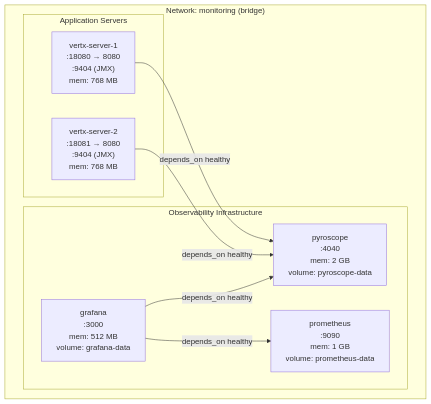
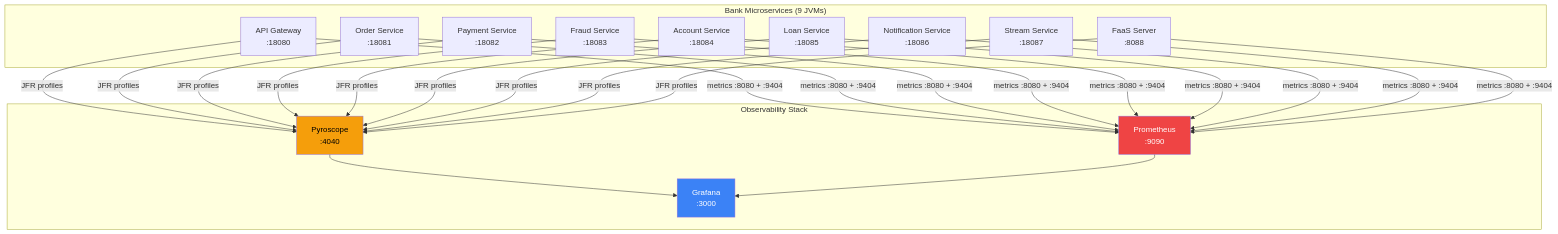
The first of 2 diagrams in docs/architecture.md (aff0gat000/pyroscope), drawn with Mermaid before and after one commit. The commit also changed other lines of this file, not shown here.

First line of the commit message:
Rewrite architecture.md for 9-service topology

````diff
--- a/docs/architecture.md
+++ b/docs/architecture.md
@@ -121,20 +11,29 @@
 ```mermaid
-flowchart TB
-    subgraph net["Network: monitoring (bridge)"]
-        subgraph infra["Observability Infrastructure"]
-            PY["pyroscope\n:4040\nmem: 2 GB\nvolume: pyroscope-data"]
-            PR["prometheus\n:9090\nmem: 1 GB\nvolume: prometheus-data"]
-            GR["grafana\n:3000\nmem: 512 MB\nvolume: grafana-data"]
-        end
-
-        subgraph apps["Application Servers"]
-            S1["vertx-server-1\n:18080 → 8080\n:9404 (JMX)\nmem: 768 MB"]
-            S2["vertx-server-2\n:18081 → 8080\n:9404 (JMX)\nmem: 768 MB"]
-        end
+graph TB
+    subgraph services["Bank Microservices (9 JVMs)"]
+        GW["API Gateway\n:18080"]
+        OS["Order Service\n:18081"]
+        PS["Payment Service\n:18082"]
+        FS["Fraud Service\n:18083"]
+        AS["Account Service\n:18084"]
+        LS["Loan Service\n:18085"]
+        NS["Notification Service\n:18086"]
+        SS["Stream Service\n:18087"]
+        FA["FaaS Server\n:8088"]
     end
 
-    S1 -->|"depends_on healthy"| PY
-    S2 -->|"depends_on healthy"| PY
-    GR -->|"depends_on healthy"| PR
-    GR -->|"depends_on healthy"| PY
+    subgraph infra["Observability Stack"]
+        PY["Pyroscope\n:4040"]
+        PR["Prometheus\n:9090"]
+        GF["Grafana\n:3000"]
+    end
+
+    GW & OS & PS & FS & AS & LS & NS & SS & FA -->|"JFR profiles"| PY
+    GW & OS & PS & FS & AS & LS & NS & SS & FA -->|"metrics :8080 + :9404"| PR
+    PY --> GF
+    PR --> GF
+
+    style PY fill:#f59e0b,color:#000
+    style PR fill:#ef4444,color:#fff
+    style GF fill:#3b82f6,color:#fff
 ```
````
